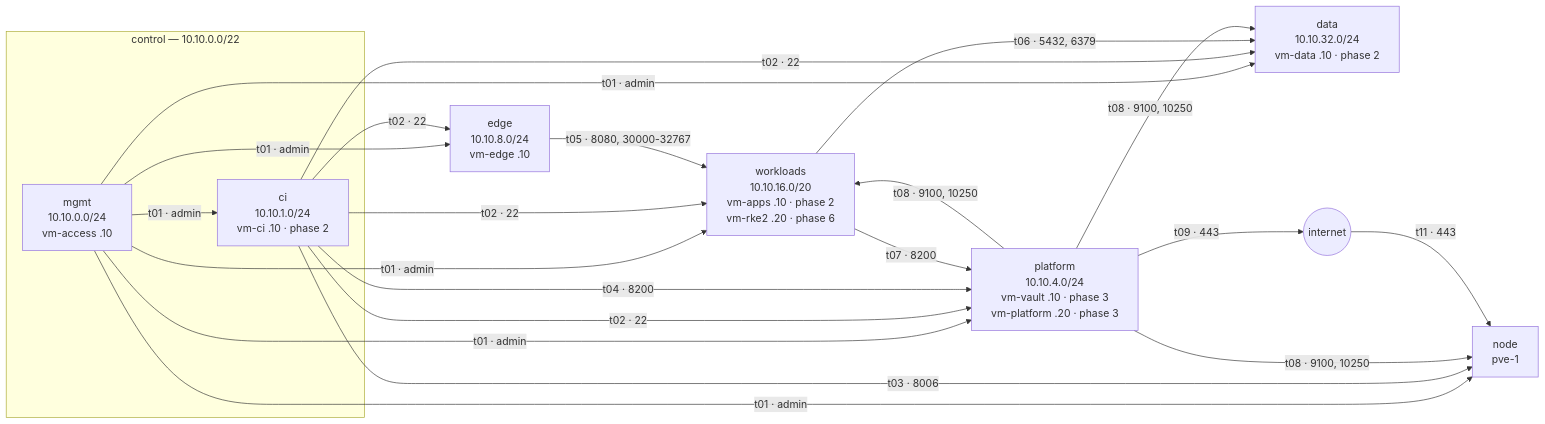
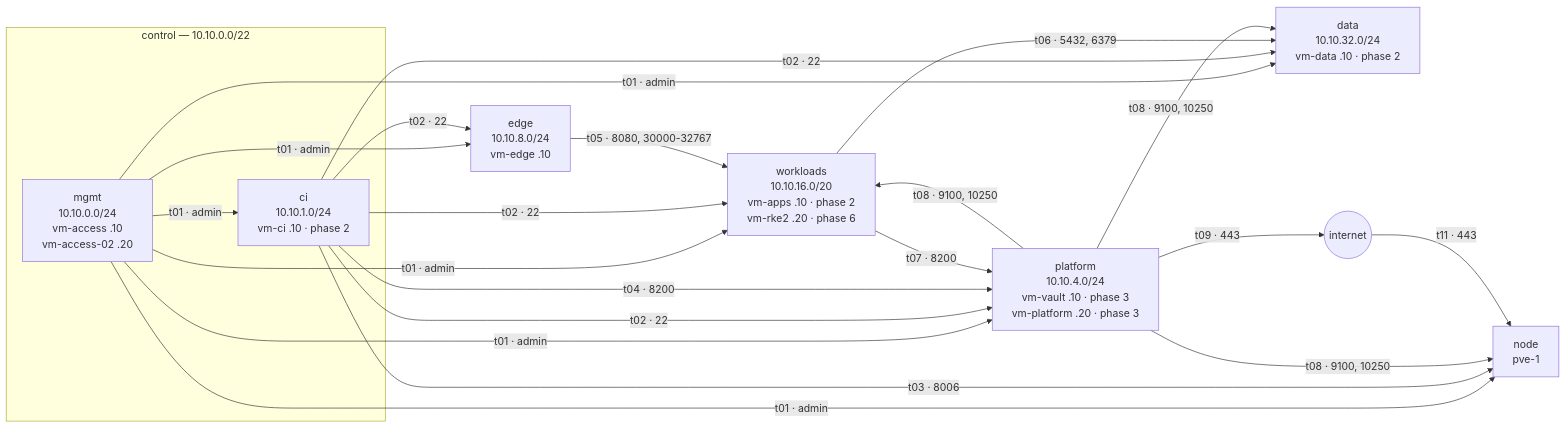
One commit to 0xc0-homelab/infrastructure changed the second of 6 diagrams in docs/architecture.md. Above: the diagram before and after it, drawn with Mermaid. The commit also changed 4 other files, not shown here.

````diff
--- a/docs/architecture.md
+++ b/docs/architecture.md
@@ -65,24 +65,24 @@
 ```mermaid
 flowchart LR
   subgraph control["control — 10.10.0.0/22"]
-    mgmt["mgmt<br/>10.10.0.0/24<br/>vm-access .10"]
+    mgmt["mgmt<br/>10.10.0.0/24<br/>vm-access .10<br/>vm-access-02 .20"]
     ci["ci<br/>10.10.1.0/24<br/>vm-ci .10 · phase 2"]
   end
   platform["platform<br/>10.10.4.0/24<br/>vm-vault .10 · phase 3<br/>vm-platform .20 · phase 3"]
   edge["edge<br/>10.10.8.0/24<br/>vm-edge .10"]
   workloads["workloads<br/>10.10.16.0/20<br/>vm-apps .10 · phase 2<br/>vm-rke2 .20 · phase 6"]
   data["data<br/>10.10.32.0/24<br/>vm-data .10 · phase 2"]
   node["node<br/>pve-1"]
   internet(("internet"))
 
   mgmt -- "t01 · admin" --> ci & platform & edge & workloads & data & node
   ci -- "t02 · 22" --> edge & platform & workloads & data
   ci -- "t03 · 8006" --> node
   ci -- "t04 · 8200" --> platform
   edge -- "t05 · 8080, 30000-32767" --> workloads
   workloads -- "t06 · 5432, 6379" --> data
   workloads -- "t07 · 8200" --> platform
   platform -- "t08 · 9100, 10250" --> workloads & data & node
   platform -- "t09 · 443" --> internet
   internet -- "t11 · 443" --> node
 ```
````
